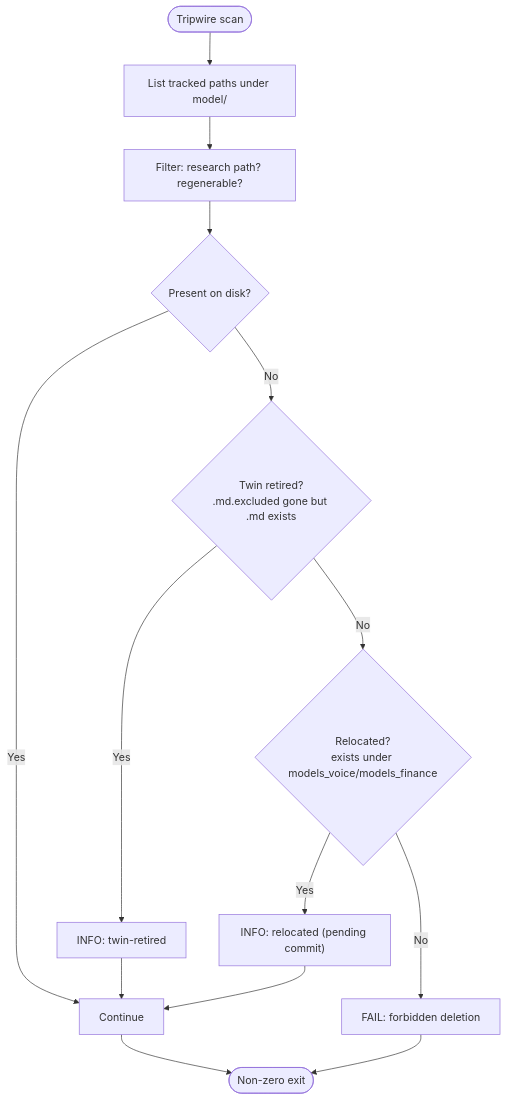
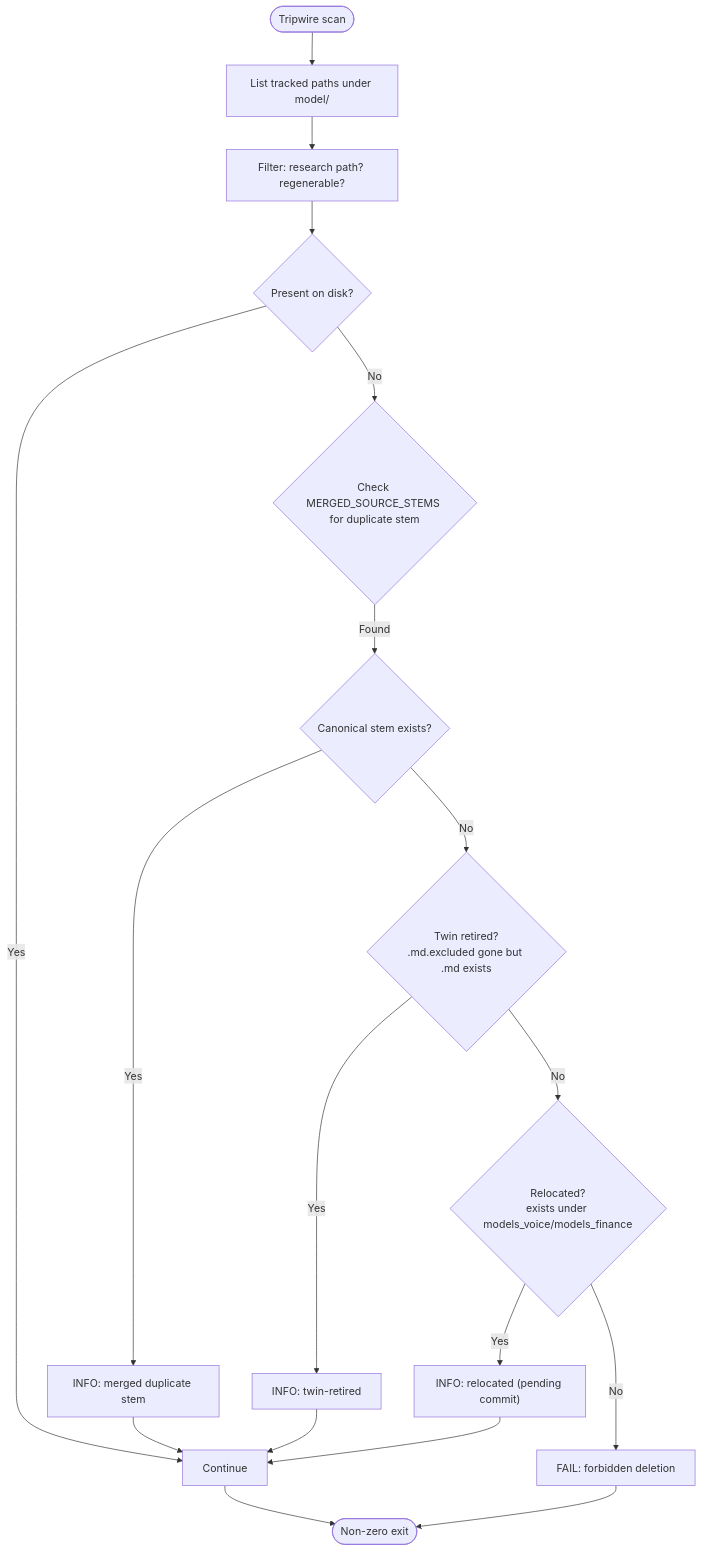
Before and after one commit to delirium-dj/modelcomp: the fifth of 10 diagrams in .qoder/repowiki/en/content/Data Management System/Data Synchronization Pipeline/Validation Framework.md, drawn with Mermaid. The commit also changed other lines of this file and 147 other files, not shown here.

````diff
--- a/.qoder/repowiki/en/content/Data Management System/Data Synchronization Pipeline/Validation Framework.md
+++ b/.qoder/repowiki/en/content/Data Management System/Data Synchronization Pipeline/Validation Framework.md
@@ -230,16 +242,20 @@
 ```mermaid
 flowchart TD
 Start(["Tripwire scan"]) --> List["List tracked paths under model/"]
 List --> Filter["Filter: research path? regenerable?"]
 Filter --> Present{"Present on disk?"}
 Present --> |Yes| Next["Continue"]
-Present --> |No| TwinCheck{"Twin retired?<br/>.md.excluded gone but .md exists"}
+Present --> |No| StemCheck{"Check MERGED_SOURCE_STEMS for duplicate stem"}
+StemCheck --> |Found| CanonicalCheck{"Canonical stem exists?"}
+CanonicalCheck --> |Yes| InfoMerged["INFO: merged duplicate stem"]
+CanonicalCheck --> |No| TwinCheck{"Twin retired?<br/>.md.excluded gone but .md exists"}
 TwinCheck --> |Yes| InfoTwin["INFO: twin-retired"]
 TwinCheck --> |No| MirrorCheck{"Relocated?<br/>exists under models_voice/models_finance"}
 MirrorCheck --> |Yes| InfoReloc["INFO: relocated (pending commit)"]
 MirrorCheck --> |No| FailDel["FAIL: forbidden deletion"]
+InfoMerged --> Next
 InfoTwin --> Next
 InfoReloc --> Next
 FailDel --> End(["Non-zero exit"])
 Next --> End
 ```
````
